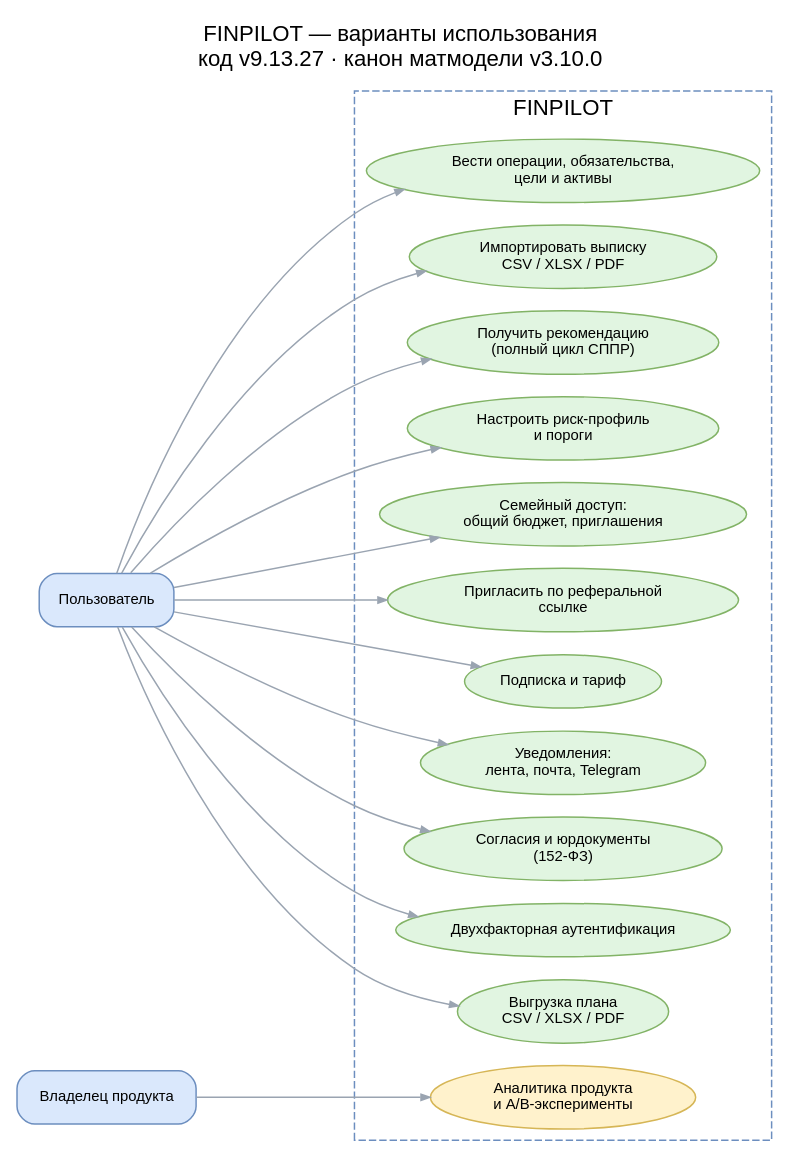
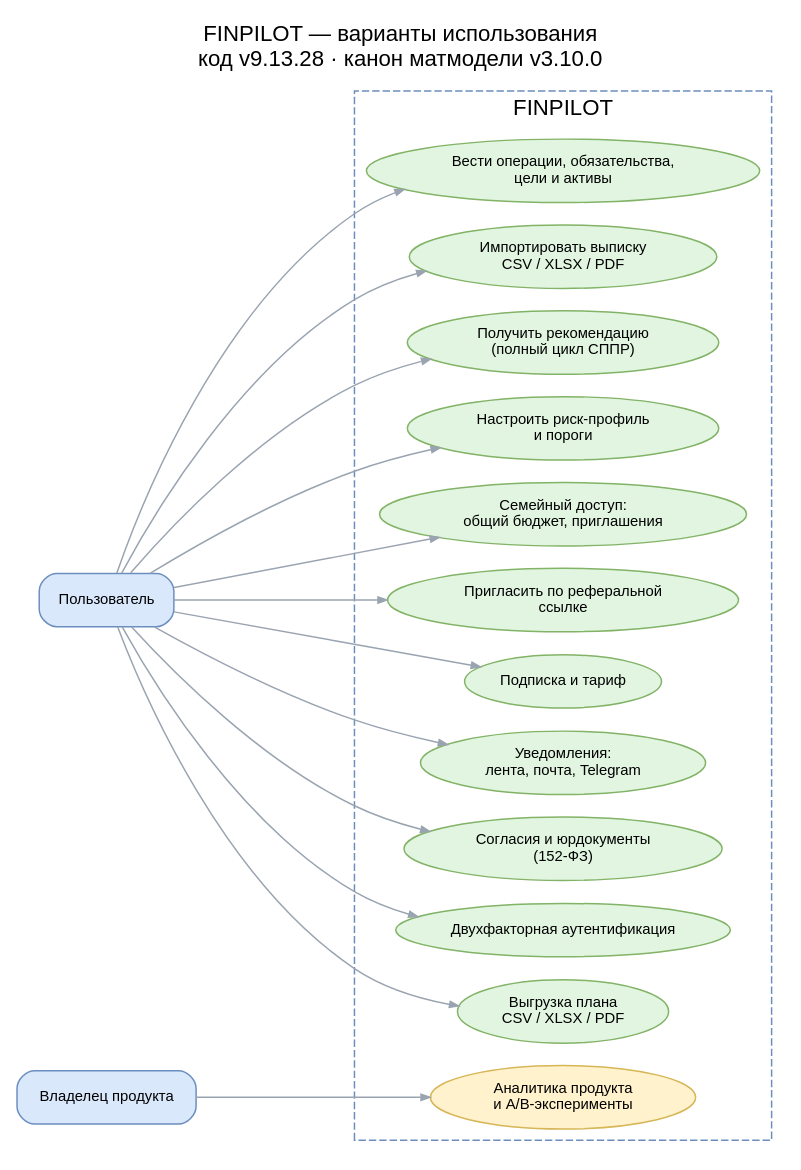
Before and after one commit to vevdokimovm/personal-finance-dss: the diagram in docs/diagrams/src/13_usecase.dot, drawn with Graphviz. The commit also changed 43 other files, not shown here.

Commit message:
personal-finance-dss v9.13.28 — превью у всех диаграмм, README актуализирован, добавлены схемы и лого

```diff
--- a/docs/diagrams/src/13_usecase.dot
+++ b/docs/diagrams/src/13_usecase.dot
@@ -1,34 +1,34 @@
 digraph usecase {
   graph [rankdir=LR, fontname="Helvetica", labelloc=t, fontsize=15,
-         label="FINPILOT — варианты использования\nкод v9.13.27 · канон матмодели v3.10.0",
+         label="FINPILOT — варианты использования\nкод v9.13.28 · канон матмодели v3.10.0",
          nodesep=0.22, ranksep=1.6];
   node [fontname="Helvetica", fontsize=10];
   edge [color="#9aa4b1", arrowsize=0.6];
 
   user [label="Пользователь", shape=box, style="rounded,filled",
         fillcolor="#dae8fc", color="#6c8ebf"];
   owner [label="Владелец продукта", shape=box, style="rounded,filled",
          fillcolor="#dae8fc", color="#6c8ebf"];
 
   subgraph cluster_uc {
     label="FINPILOT"; color="#6c8ebf"; style=dashed; fontname="Helvetica";
     node [shape=ellipse, style=filled, fillcolor="#e1f5e1", color="#82b366"];
     uc1 [label="Вести операции, обязательства,\nцели и активы"];
     uc2 [label="Импортировать выписку\nCSV / XLSX / PDF"];
     uc3 [label="Получить рекомендацию\n(полный цикл СППР)"];
     uc4 [label="Настроить риск-профиль\nи пороги"];
     uc5 [label="Семейный доступ:\nобщий бюджет, приглашения"];
     uc6 [label="Пригласить по реферальной\nссылке"];
     uc7 [label="Подписка и тариф"];
     uc8 [label="Уведомления:\nлента, почта, Telegram"];
     uc9 [label="Согласия и юрдокументы\n(152-ФЗ)"];
     uc10 [label="Двухфакторная аутентификация"];
     uc11 [label="Выгрузка плана\nCSV / XLSX / PDF"];
     uc12 [label="Аналитика продукта\nи A/B-эксперименты",
           fillcolor="#fff2cc", color="#d6b656"];
   }
 
   user -> uc1; user -> uc2; user -> uc3; user -> uc4; user -> uc5;
   user -> uc6; user -> uc7; user -> uc8; user -> uc9; user -> uc10; user -> uc11;
   owner -> uc12;
 }
```
